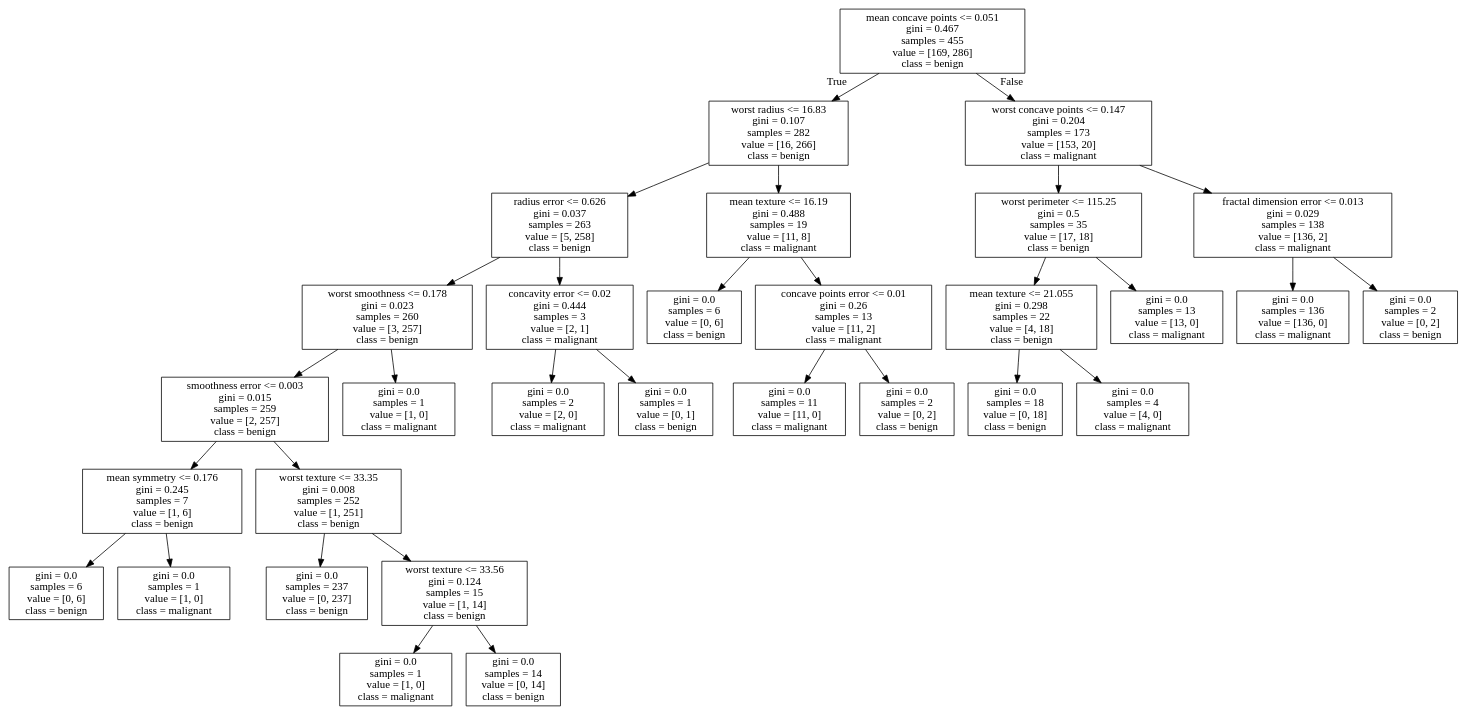
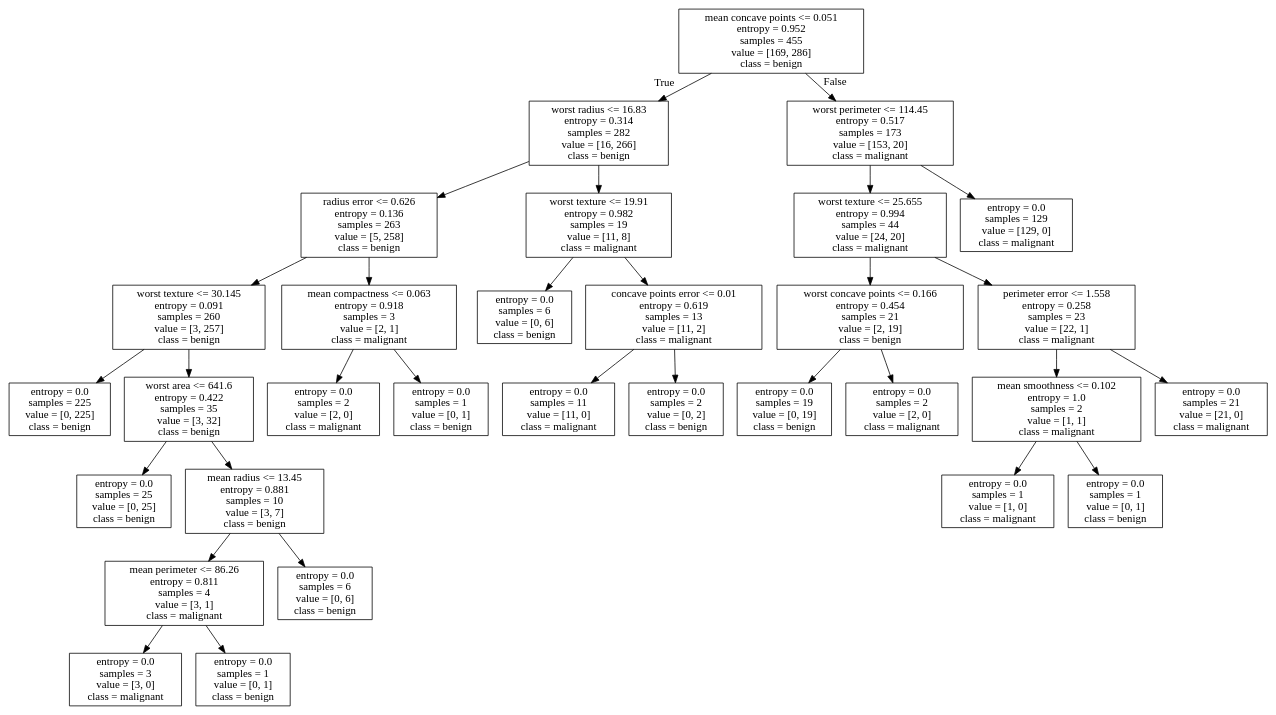
Before and after one commit to Pedr0714/-CTE0156-holamundo: the diagram in P5_AplicacionML/tree.dot, drawn with Graphviz. The commit also changed 1 other file, not shown here.

```diff
--- a/P5_AplicacionML/tree.dot
+++ b/P5_AplicacionML/tree.dot
@@ -1,64 +1,64 @@
 digraph Tree {
 node [shape=box] ;
-0 [label="mean concave points <= 0.051\ngini = 0.467\nsamples = 455\nvalue = [169, 286]\nclass = benign"] ;
-1 [label="worst radius <= 16.83\ngini = 0.107\nsamples = 282\nvalue = [16, 266]\nclass = benign"] ;
+0 [label="mean concave points <= 0.051\nentropy = 0.952\nsamples = 455\nvalue = [169, 286]\nclass = benign"] ;
+1 [label="worst radius <= 16.83\nentropy = 0.314\nsamples = 282\nvalue = [16, 266]\nclass = benign"] ;
 0 -> 1 [labeldistance=2.5, labelangle=45, headlabel="True"] ;
-2 [label="radius error <= 0.626\ngini = 0.037\nsamples = 263\nvalue = [5, 258]\nclass = benign"] ;
+2 [label="radius error <= 0.626\nentropy = 0.136\nsamples = 263\nvalue = [5, 258]\nclass = benign"] ;
 1 -> 2 ;
-3 [label="worst smoothness <= 0.178\ngini = 0.023\nsamples = 260\nvalue = [3, 257]\nclass = benign"] ;
+3 [label="worst texture <= 30.145\nentropy = 0.091\nsamples = 260\nvalue = [3, 257]\nclass = benign"] ;
 2 -> 3 ;
-4 [label="smoothness error <= 0.003\ngini = 0.015\nsamples = 259\nvalue = [2, 257]\nclass = benign"] ;
+4 [label="entropy = 0.0\nsamples = 225\nvalue = [0, 225]\nclass = benign"] ;
 3 -> 4 ;
-5 [label="mean symmetry <= 0.176\ngini = 0.245\nsamples = 7\nvalue = [1, 6]\nclass = benign"] ;
-4 -> 5 ;
-6 [label="gini = 0.0\nsamples = 6\nvalue = [0, 6]\nclass = benign"] ;
+5 [label="worst area <= 641.6\nentropy = 0.422\nsamples = 35\nvalue = [3, 32]\nclass = benign"] ;
+3 -> 5 ;
+6 [label="entropy = 0.0\nsamples = 25\nvalue = [0, 25]\nclass = benign"] ;
 5 -> 6 ;
-7 [label="gini = 0.0\nsamples = 1\nvalue = [1, 0]\nclass = malignant"] ;
+7 [label="mean radius <= 13.45\nentropy = 0.881\nsamples = 10\nvalue = [3, 7]\nclass = benign"] ;
 5 -> 7 ;
-8 [label="worst texture <= 33.35\ngini = 0.008\nsamples = 252\nvalue = [1, 251]\nclass = benign"] ;
-4 -> 8 ;
-9 [label="gini = 0.0\nsamples = 237\nvalue = [0, 237]\nclass = benign"] ;
+8 [label="mean perimeter <= 86.26\nentropy = 0.811\nsamples = 4\nvalue = [3, 1]\nclass = malignant"] ;
+7 -> 8 ;
+9 [label="entropy = 0.0\nsamples = 3\nvalue = [3, 0]\nclass = malignant"] ;
 8 -> 9 ;
-10 [label="worst texture <= 33.56\ngini = 0.124\nsamples = 15\nvalue = [1, 14]\nclass = benign"] ;
+10 [label="entropy = 0.0\nsamples = 1\nvalue = [0, 1]\nclass = benign"] ;
 8 -> 10 ;
-11 [label="gini = 0.0\nsamples = 1\nvalue = [1, 0]\nclass = malignant"] ;
-10 -> 11 ;
-12 [label="gini = 0.0\nsamples = 14\nvalue = [0, 14]\nclass = benign"] ;
-10 -> 12 ;
-13 [label="gini = 0.0\nsamples = 1\nvalue = [1, 0]\nclass = malignant"] ;
-3 -> 13 ;
-14 [label="concavity error <= 0.02\ngini = 0.444\nsamples = 3\nvalue = [2, 1]\nclass = malignant"] ;
-2 -> 14 ;
-15 [label="gini = 0.0\nsamples = 2\nvalue = [2, 0]\nclass = malignant"] ;
-14 -> 15 ;
-16 [label="gini = 0.0\nsamples = 1\nvalue = [0, 1]\nclass = benign"] ;
-14 -> 16 ;
-17 [label="mean texture <= 16.19\ngini = 0.488\nsamples = 19\nvalue = [11, 8]\nclass = malignant"] ;
-1 -> 17 ;
-18 [label="gini = 0.0\nsamples = 6\nvalue = [0, 6]\nclass = benign"] ;
+11 [label="entropy = 0.0\nsamples = 6\nvalue = [0, 6]\nclass = benign"] ;
+7 -> 11 ;
+12 [label="mean compactness <= 0.063\nentropy = 0.918\nsamples = 3\nvalue = [2, 1]\nclass = malignant"] ;
+2 -> 12 ;
+13 [label="entropy = 0.0\nsamples = 2\nvalue = [2, 0]\nclass = malignant"] ;
+12 -> 13 ;
+14 [label="entropy = 0.0\nsamples = 1\nvalue = [0, 1]\nclass = benign"] ;
+12 -> 14 ;
+15 [label="worst texture <= 19.91\nentropy = 0.982\nsamples = 19\nvalue = [11, 8]\nclass = malignant"] ;
+1 -> 15 ;
+16 [label="entropy = 0.0\nsamples = 6\nvalue = [0, 6]\nclass = benign"] ;
+15 -> 16 ;
+17 [label="concave points error <= 0.01\nentropy = 0.619\nsamples = 13\nvalue = [11, 2]\nclass = malignant"] ;
+15 -> 17 ;
+18 [label="entropy = 0.0\nsamples = 11\nvalue = [11, 0]\nclass = malignant"] ;
 17 -> 18 ;
-19 [label="concave points error <= 0.01\ngini = 0.26\nsamples = 13\nvalue = [11, 2]\nclass = malignant"] ;
+19 [label="entropy = 0.0\nsamples = 2\nvalue = [0, 2]\nclass = benign"] ;
 17 -> 19 ;
-20 [label="gini = 0.0\nsamples = 11\nvalue = [11, 0]\nclass = malignant"] ;
-19 -> 20 ;
-21 [label="gini = 0.0\nsamples = 2\nvalue = [0, 2]\nclass = benign"] ;
-19 -> 21 ;
-22 [label="worst concave points <= 0.147\ngini = 0.204\nsamples = 173\nvalue = [153, 20]\nclass = malignant"] ;
-0 -> 22 [labeldistance=2.5, labelangle=-45, headlabel="False"] ;
-23 [label="worst perimeter <= 115.25\ngini = 0.5\nsamples = 35\nvalue = [17, 18]\nclass = benign"] ;
+20 [label="worst perimeter <= 114.45\nentropy = 0.517\nsamples = 173\nvalue = [153, 20]\nclass = malignant"] ;
+0 -> 20 [labeldistance=2.5, labelangle=-45, headlabel="False"] ;
+21 [label="worst texture <= 25.655\nentropy = 0.994\nsamples = 44\nvalue = [24, 20]\nclass = malignant"] ;
+20 -> 21 ;
+22 [label="worst concave points <= 0.166\nentropy = 0.454\nsamples = 21\nvalue = [2, 19]\nclass = benign"] ;
+21 -> 22 ;
+23 [label="entropy = 0.0\nsamples = 19\nvalue = [0, 19]\nclass = benign"] ;
 22 -> 23 ;
-24 [label="mean texture <= 21.055\ngini = 0.298\nsamples = 22\nvalue = [4, 18]\nclass = benign"] ;
-23 -> 24 ;
-25 [label="gini = 0.0\nsamples = 18\nvalue = [0, 18]\nclass = benign"] ;
-24 -> 25 ;
-26 [label="gini = 0.0\nsamples = 4\nvalue = [4, 0]\nclass = malignant"] ;
-24 -> 26 ;
-27 [label="gini = 0.0\nsamples = 13\nvalue = [13, 0]\nclass = malignant"] ;
-23 -> 27 ;
-28 [label="fractal dimension error <= 0.013\ngini = 0.029\nsamples = 138\nvalue = [136, 2]\nclass = malignant"] ;
-22 -> 28 ;
-29 [label="gini = 0.0\nsamples = 136\nvalue = [136, 0]\nclass = malignant"] ;
-28 -> 29 ;
-30 [label="gini = 0.0\nsamples = 2\nvalue = [0, 2]\nclass = benign"] ;
-28 -> 30 ;
+24 [label="entropy = 0.0\nsamples = 2\nvalue = [2, 0]\nclass = malignant"] ;
+22 -> 24 ;
+25 [label="perimeter error <= 1.558\nentropy = 0.258\nsamples = 23\nvalue = [22, 1]\nclass = malignant"] ;
+21 -> 25 ;
+26 [label="mean smoothness <= 0.102\nentropy = 1.0\nsamples = 2\nvalue = [1, 1]\nclass = malignant"] ;
+25 -> 26 ;
+27 [label="entropy = 0.0\nsamples = 1\nvalue = [1, 0]\nclass = malignant"] ;
+26 -> 27 ;
+28 [label="entropy = 0.0\nsamples = 1\nvalue = [0, 1]\nclass = benign"] ;
+26 -> 28 ;
+29 [label="entropy = 0.0\nsamples = 21\nvalue = [21, 0]\nclass = malignant"] ;
+25 -> 29 ;
+30 [label="entropy = 0.0\nsamples = 129\nvalue = [129, 0]\nclass = malignant"] ;
+20 -> 30 ;
 }
```
